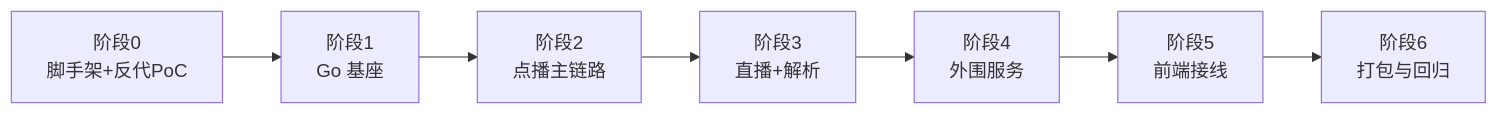
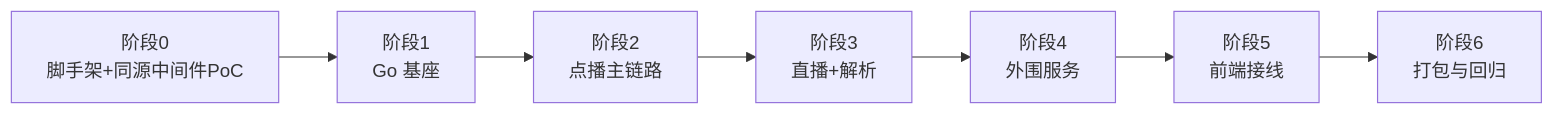
One commit to chengshengru/tvbox-desktop changed the sixth of 6 diagrams in .trae/documents/Electron项目改造Go-Wails详细方案.md. Above: the diagram before and after it, drawn with Mermaid. The commit also changed other lines of this file, not shown here.

````diff
--- a/.trae/documents/Electron项目改造Go-Wails详细方案.md
+++ b/.trae/documents/Electron项目改造Go-Wails详细方案.md
@@ -464,9 +467,9 @@
 ```mermaid
 graph LR
-    P0["阶段0<br/>脚手架+反代PoC"] --> P1["阶段1<br/>Go 基座"]
+    P0["阶段0<br/>脚手架+同源中间件PoC"] --> P1["阶段1<br/>Go 基座"]
     P1 --> P2["阶段2<br/>点播主链路"]
     P2 --> P3["阶段3<br/>直播+解析"]
     P3 --> P4["阶段4<br/>外围服务"]
     P4 --> P5["阶段5<br/>前端接线"]
     P5 --> P6["阶段6<br/>打包与回归"]
 ```
````
